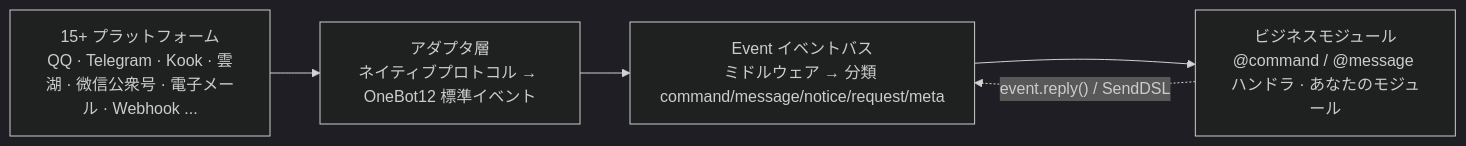
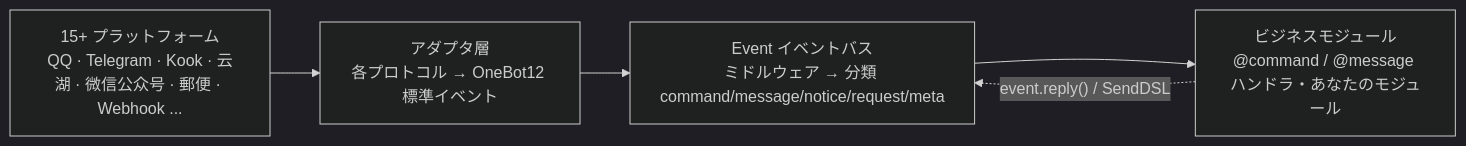
Before and after one commit to ErisPulse/ErisPulse: the first of 2 diagrams in README.ja.md, drawn with Mermaid (dark theme). The commit also changed other lines of this file and 98 other files, not shown here.

````diff
--- a/README.ja.md
+++ b/README.ja.md
@@ -110,9 +111,9 @@
 ```mermaid
 graph LR
-    P["15+ プラットフォーム<br/>QQ · Telegram · Kook · 雲湖 · 微信公衆号 · 電子メール · Webhook ..."]
-    A["アダプタ層<br/>ネイティブプロトコル → OneBot12 標準イベント"]
+    P["15+ プラットフォーム<br/>QQ · Telegram · Kook · 云湖 · 微信公众号 · 郵便 · Webhook ..."]
+    A["アダプタ層<br/>各プロトコル → OneBot12 標準イベント"]
     Event["Event イベントバス<br/>ミドルウェア → 分類 command/message/notice/request/meta"]
-    M["ビジネスモジュール<br/>@command / @message ハンドラ · あなたのモジュール"]
+    M["ビジネスモジュール<br/>@command / @message ハンドラ・あなたのモジュール"]
     P --> A --> Event --> M
     M -.->|"event.reply() / SendDSL"| Event
 ```
````
